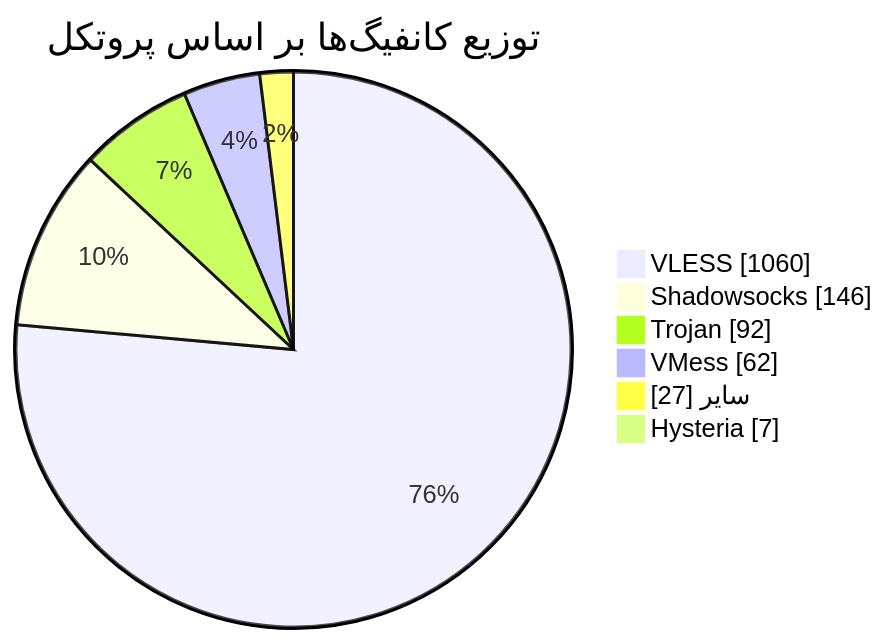
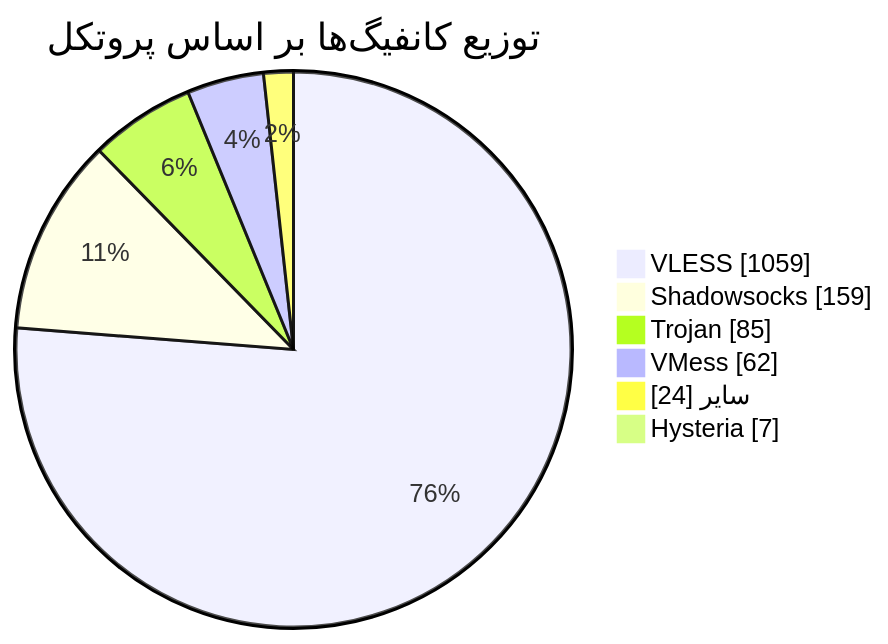
One commit to Arian-Alijani/Somthing changed the diagram in README.md. Above: the diagram before and after it, drawn with Mermaid. The commit also changed other lines of this file and 95 other files, not shown here.

````diff
--- a/README.md
+++ b/README.md
@@ -50,10 +50,10 @@
 ```mermaid
 pie showData
     title توزیع کانفیگ‌ها بر اساس پروتکل
-    "VLESS" : 1060
-    "Shadowsocks" : 146
-    "Trojan" : 92
+    "VLESS" : 1059
+    "Shadowsocks" : 159
+    "Trojan" : 85
     "VMess" : 62
-    "سایر" : 27
+    "سایر" : 24
     "Hysteria" : 7
 ```
````
